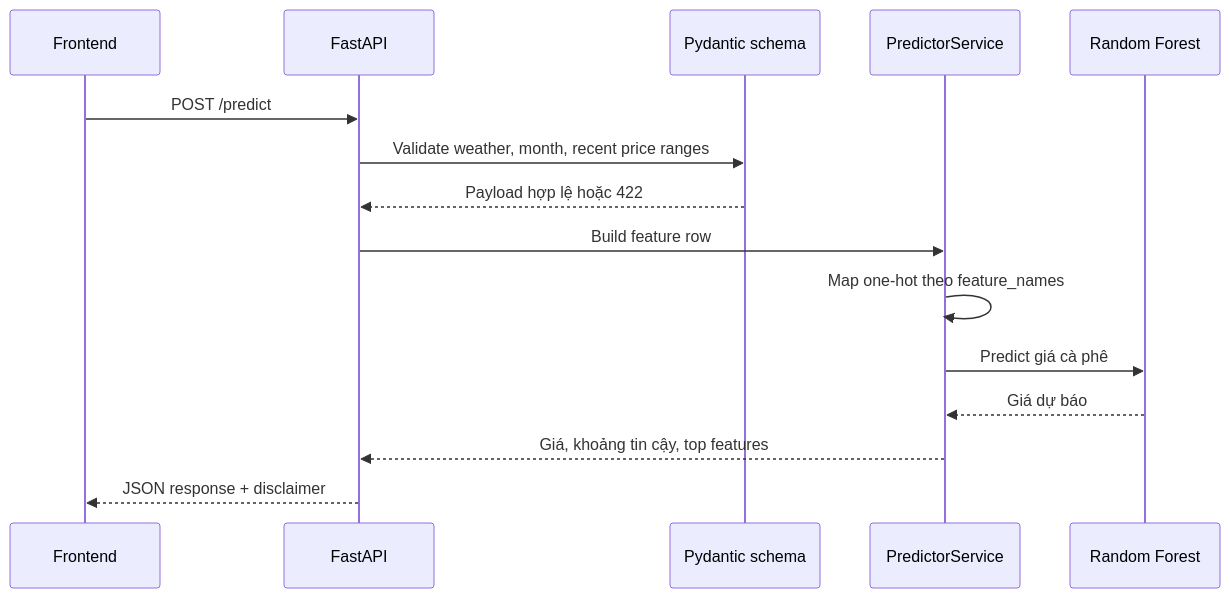
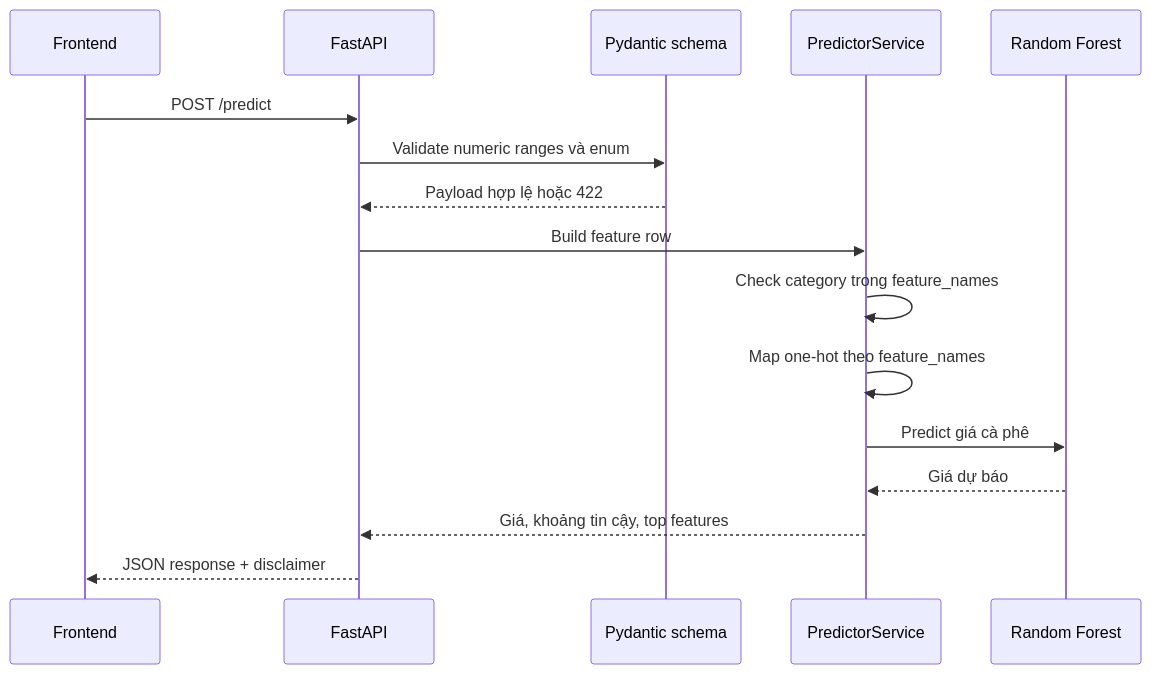
One commit to uit-25730067-chithanh/AI002-Team22-DT10 changed the sixth of 8 diagrams in docs/project-roadmap.md. Above: the diagram before and after it, drawn with Mermaid. The commit also changed other lines of this file and 4 other files, not shown here.

First line of the commit message:
docs: align PR11 roadmap with current main

````diff
--- a/docs/project-roadmap.md
+++ b/docs/project-roadmap.md
@@ -168,18 +168,19 @@
 ```mermaid
 sequenceDiagram
     participant UI as Frontend
     participant API as FastAPI
     participant Schema as Pydantic schema
     participant Service as PredictorService
     participant Model as Random Forest
 
     UI->>API: POST /predict
-    API->>Schema: Validate weather, month, recent price ranges
+    API->>Schema: Validate numeric ranges và enum
     Schema-->>API: Payload hợp lệ hoặc 422
     API->>Service: Build feature row
+    Service->>Service: Check category trong feature_names
     Service->>Service: Map one-hot theo feature_names
     Service->>Model: Predict giá cà phê
     Model-->>Service: Giá dự báo
     Service-->>API: Giá, khoảng tin cậy, top features
     API-->>UI: JSON response + disclaimer
 ```
````
